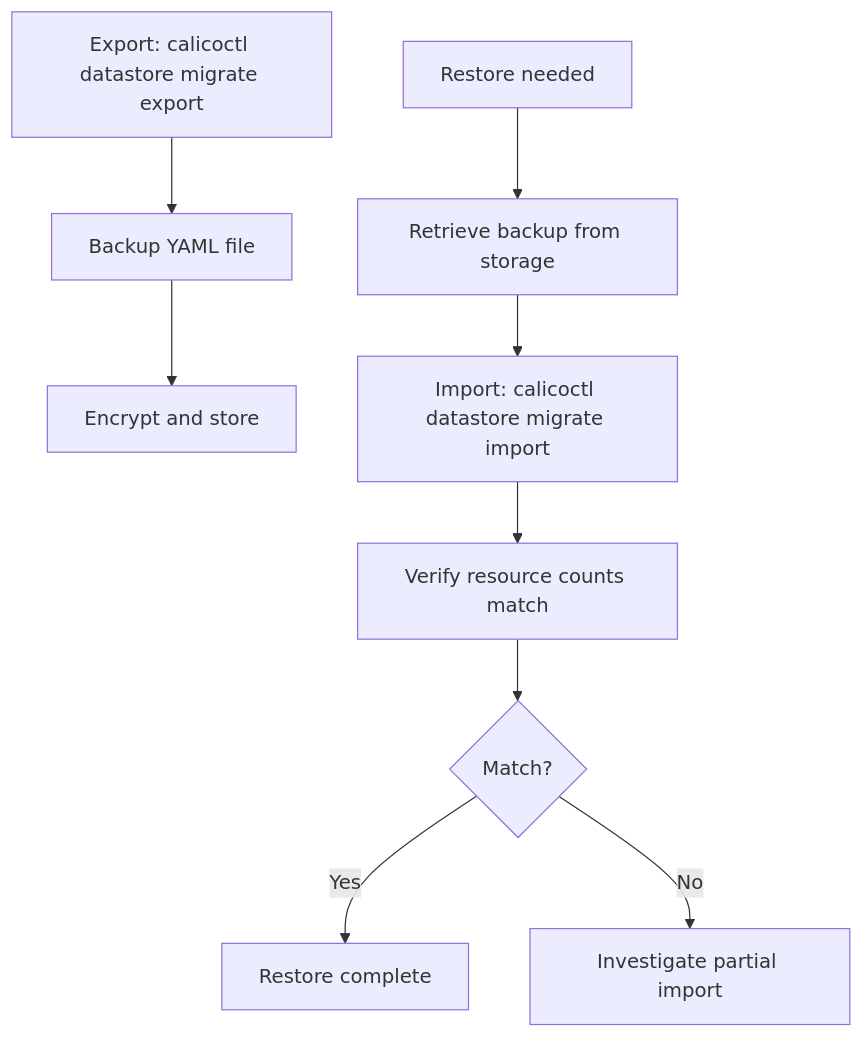
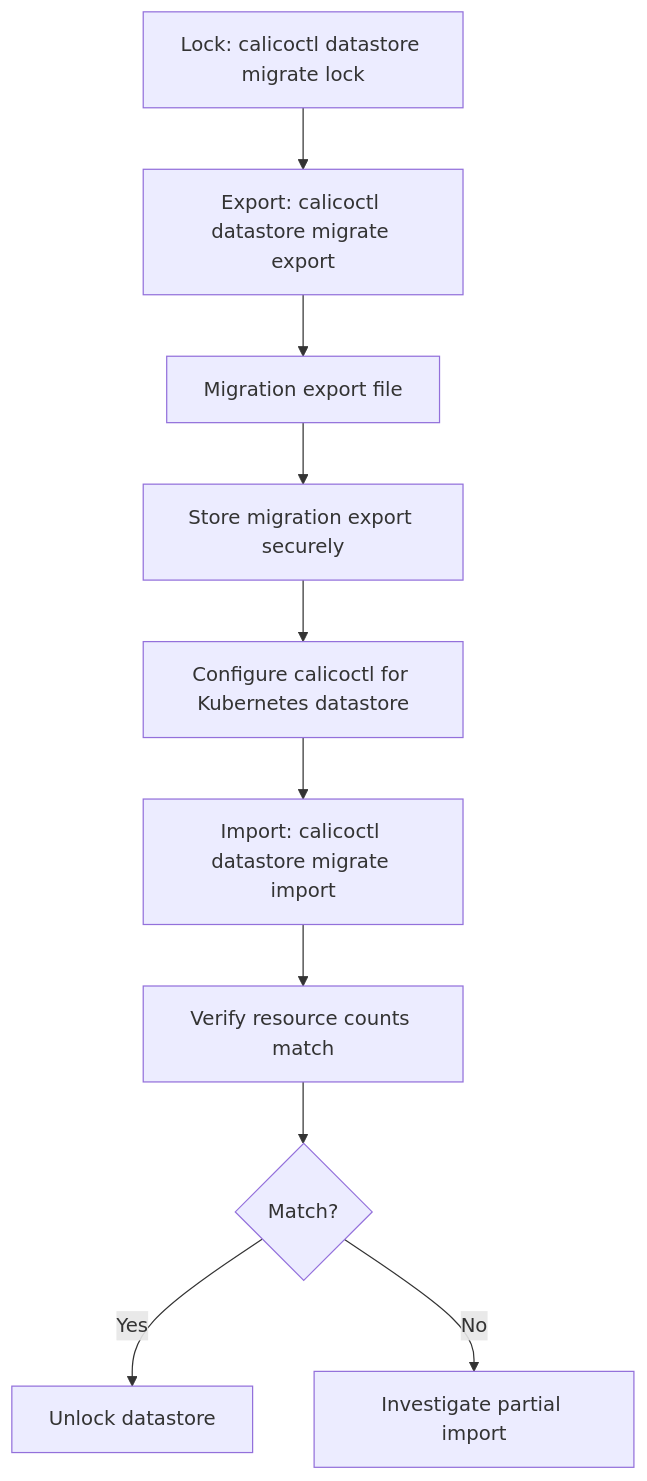
The diagram in posts/2026-03-13-validate-calico-datastore-export-import/README.md (OneUptime/blog), drawn with Mermaid before and after one commit. The commit also changed other lines of this file and 2 other files, not shown here.

Commit message:
validate: 2026-03-13-validate-calico-datastore-export-import

````diff
--- a/posts/2026-03-13-validate-calico-datastore-export-import/README.md
+++ b/posts/2026-03-13-validate-calico-datastore-export-import/README.md
@@ -38,11 +43,12 @@
 ```mermaid
 flowchart TD
-    A[Export: calicoctl datastore migrate export] --> B[Backup YAML file]
-    B --> C[Encrypt and store]
-    D[Restore needed] --> E[Retrieve backup from storage]
+    A[Lock: calicoctl datastore migrate lock] --> B[Export: calicoctl datastore migrate export]
+    B --> C[Migration export file]
+    C --> D[Store migration export securely]
+    D --> E[Configure calicoctl for Kubernetes datastore]
     E --> F[Import: calicoctl datastore migrate import]
     F --> G[Verify resource counts match]
     G --> H{Match?}
-    H -->|Yes| I[Restore complete]
+    H -->|Yes| I[Unlock datastore]
     H -->|No| J[Investigate partial import]
 ```
````
